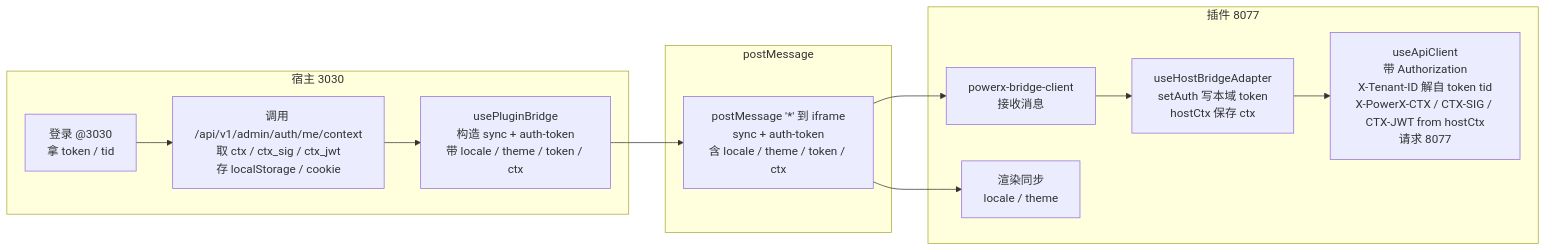
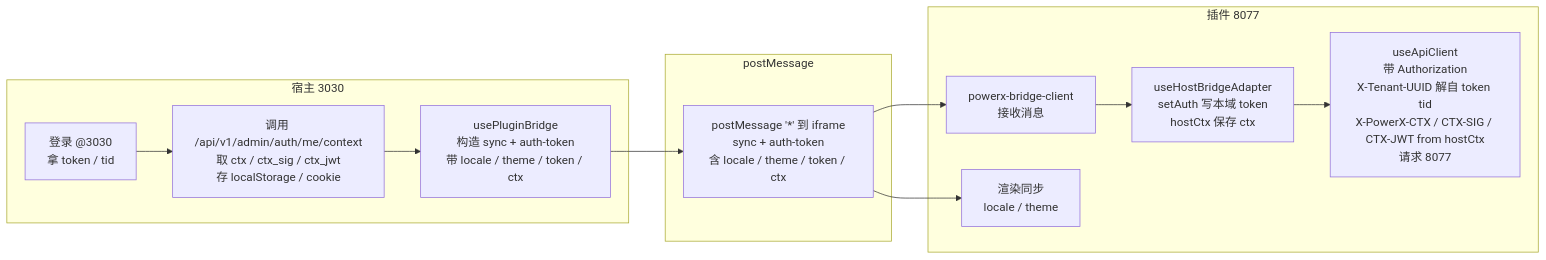
The diagram in docs/guides/plugin_release/application_runbook.md (ArtisanCloud/PowerX), drawn with Mermaid before and after one commit. The commit also changed other lines of this file and 777 other files, not shown here.

````diff
--- a/docs/guides/plugin_release/application_runbook.md
+++ b/docs/guides/plugin_release/application_runbook.md
@@ -176,19 +176,19 @@
 ```mermaid
 flowchart LR
   subgraph Host[宿主 3030]
     H1[登录 @3030<br>拿 token / tid]
     H2[调用 /api/v1/admin/auth/me/context<br>取 ctx / ctx_sig / ctx_jwt<br>存 localStorage / cookie]
     H3[usePluginBridge<br>构造 sync + auth-token<br>带 locale / theme / token / ctx]
   end
   subgraph Bridge[postMessage]
     M[postMessage '*' 到 iframe<br>sync + auth-token<br>含 locale / theme / token / ctx]
   end
   subgraph Plugin[插件 8077]
     P1[powerx-bridge-client<br>接收消息]
     P2[useHostBridgeAdapter<br>setAuth 写本域 token<br>hostCtx 保存 ctx]
-    P3[useApiClient<br>带 Authorization<br>X-Tenant-ID 解自 token tid<br>X-PowerX-CTX / CTX-SIG / CTX-JWT from hostCtx<br>请求 8077]
+    P3[useApiClient<br>带 Authorization<br>X-Tenant-UUID 解自 token tid<br>X-PowerX-CTX / CTX-SIG / CTX-JWT from hostCtx<br>请求 8077]
     P4[渲染同步<br>locale / theme]
   end
   H1 --> H2 --> H3 --> M --> P1 --> P2 --> P3
   M --> P4
 ```
````
